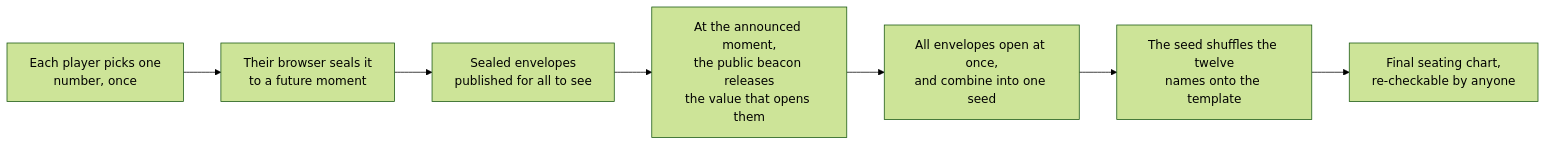
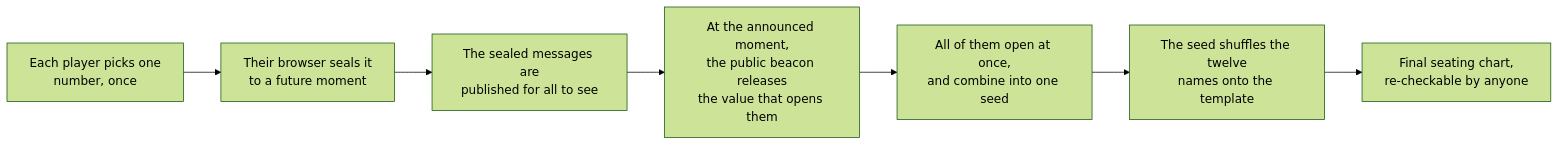
One commit to PRIEWIENV/mahjong-random-seating changed the second of 3 diagrams in docs/seating-design.md. Above: the diagram before and after it, drawn with Mermaid (forest theme). The commit also changed other lines of this file and 19 other files, not shown here.

````diff
--- a/docs/seating-design.md
+++ b/docs/seating-design.md
@@ -123,9 +119,9 @@
 ```mermaid
 flowchart LR
   P["Each player picks one<br/>number, once"] --> S["Their browser seals it<br/>to a future moment"]
-  S --> Pub["Sealed envelopes<br/>published for all to see"]
+  S --> Pub["The sealed messages are<br/>published for all to see"]
   Pub --> T["At the announced moment,<br/>the public beacon releases<br/>the value that opens them"]
-  T --> X["All envelopes open at once,<br/>and combine into one seed"]
+  T --> X["All of them open at once,<br/>and combine into one seed"]
   X --> Sh["The seed shuffles the twelve<br/>names onto the template"]
   Sh --> R["Final seating chart,<br/>re-checkable by anyone"]
 ```
````
